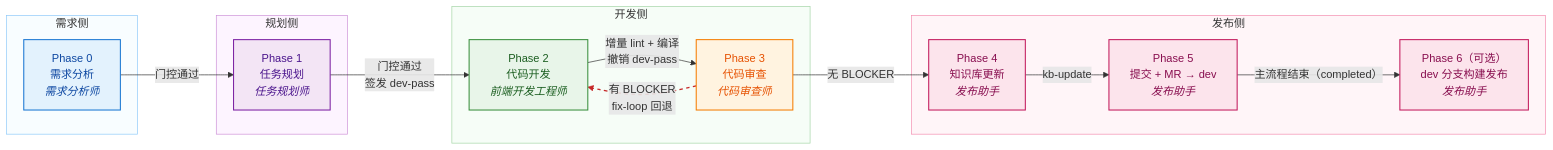
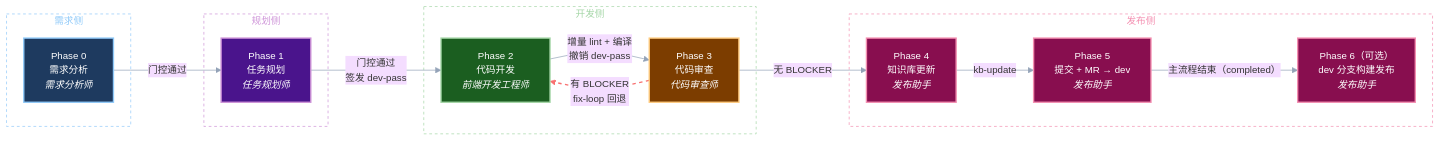
The first of 2 diagrams in README.md (JayCJP/harnessflow), drawn with Mermaid before and after one commit. The commit also changed other lines of this file, not shown here.

First line of the commit message:
docs(readme): 按 GitHub 最佳实践重构 README 并美化流程图

````diff
--- a/README.md
+++ b/README.md
@@ -53,44 +63,47 @@
 ```mermaid
+%%{init: {'theme':'base', 'themeVariables': {'fontFamily':'system-ui, sans-serif','fontSize':'14px','lineColor':'#94a3b8'}, 'flowchart': {'curve':'linear'}}}%%
 flowchart LR
     subgraph SG1["需求侧"]
         P0["Phase 0<br/>需求分析<br/><i>需求分析师</i>"]
     end
     subgraph SG2["规划侧"]
         P1["Phase 1<br/>任务规划<br/><i>任务规划师</i>"]
     end
     subgraph SG3["开发侧"]
         P2["Phase 2<br/>代码开发<br/><i>前端开发工程师</i>"]
         P3["Phase 3<br/>代码审查<br/><i>代码审查师</i>"]
     end
     subgraph SG4["发布侧"]
         P4["Phase 4<br/>知识库更新<br/><i>发布助手</i>"]
         P5["Phase 5<br/>提交 + MR → dev<br/><i>发布助手</i>"]
         P6["Phase 6（可选）<br/>dev 分支构建发布<br/><i>发布助手</i>"]
     end
 
     P0 -->|"门控通过"| P1
     P1 -->|"门控通过<br/>签发 dev-pass"| P2
     P2 -->|"增量 lint + 编译<br/>撤销 dev-pass"| P3
     P3 -->|"无 BLOCKER"| P4
     P4 -->|"kb-update"| P5
     P5 -->|"主流程结束（completed）"| P6
     P3 -.->|"有 BLOCKER<br/>fix-loop 回退"| P2
 
-    classDef analysis fill:#e3f2fd,stroke:#1976d2,color:#0d47a1,stroke-width:1.5px
-    classDef plan fill:#f3e5f5,stroke:#7b1fa2,color:#4a148c,stroke-width:1.5px
-    classDef dev fill:#e8f5e9,stroke:#388e3c,color:#1b5e20,stroke-width:1.5px
-    classDef review fill:#fff3e0,stroke:#f57c00,color:#e65100,stroke-width:1.5px
-    classDef release fill:#fce4ec,stroke:#c2185b,color:#880e4f,stroke-width:1.5px
+    %% 深填充 + 浅描边 + 白字：GitHub 明暗两种模式下都清晰
+    classDef analysis fill:#1e3a5f,stroke:#90caf9,color:#ffffff,stroke-width:2px
+    classDef plan fill:#4a148c,stroke:#ce93d8,color:#ffffff,stroke-width:2px
+    classDef dev fill:#1b5e20,stroke:#a5d6a7,color:#ffffff,stroke-width:2px
+    classDef review fill:#7c3d00,stroke:#ffcc80,color:#ffffff,stroke-width:2px
+    classDef release fill:#880e4f,stroke:#f48fb1,color:#ffffff,stroke-width:2px
 
     class P0 analysis
     class P1 plan
     class P2 dev
     class P3 review
     class P4,P5,P6 release
 
-    linkStyle 6 stroke:#c62828,stroke-width:2px,stroke-dasharray:5 5
-    style SG1 fill:#f8fdff,stroke:#90caf9
-    style SG2 fill:#fdf4ff,stroke:#ce93d8
-    style SG3 fill:#f6fdf7,stroke:#a5d6a7
-    style SG4 fill:#fff5f8,stroke:#f48fb1
+    linkStyle 6 stroke:#f87171,stroke-width:2px,stroke-dasharray:5 5
+    %% subgraph fill:none 自适应页面背景，避免深色模式下的浅色块
+    style SG1 fill:none,stroke:#90caf9,stroke-dasharray:4 4,color:#90caf9
+    style SG2 fill:none,stroke:#ce93d8,stroke-dasharray:4 4,color:#ce93d8
+    style SG3 fill:none,stroke:#a5d6a7,stroke-dasharray:4 4,color:#a5d6a7
+    style SG4 fill:none,stroke:#f48fb1,stroke-dasharray:4 4,color:#f48fb1
 ```
````
